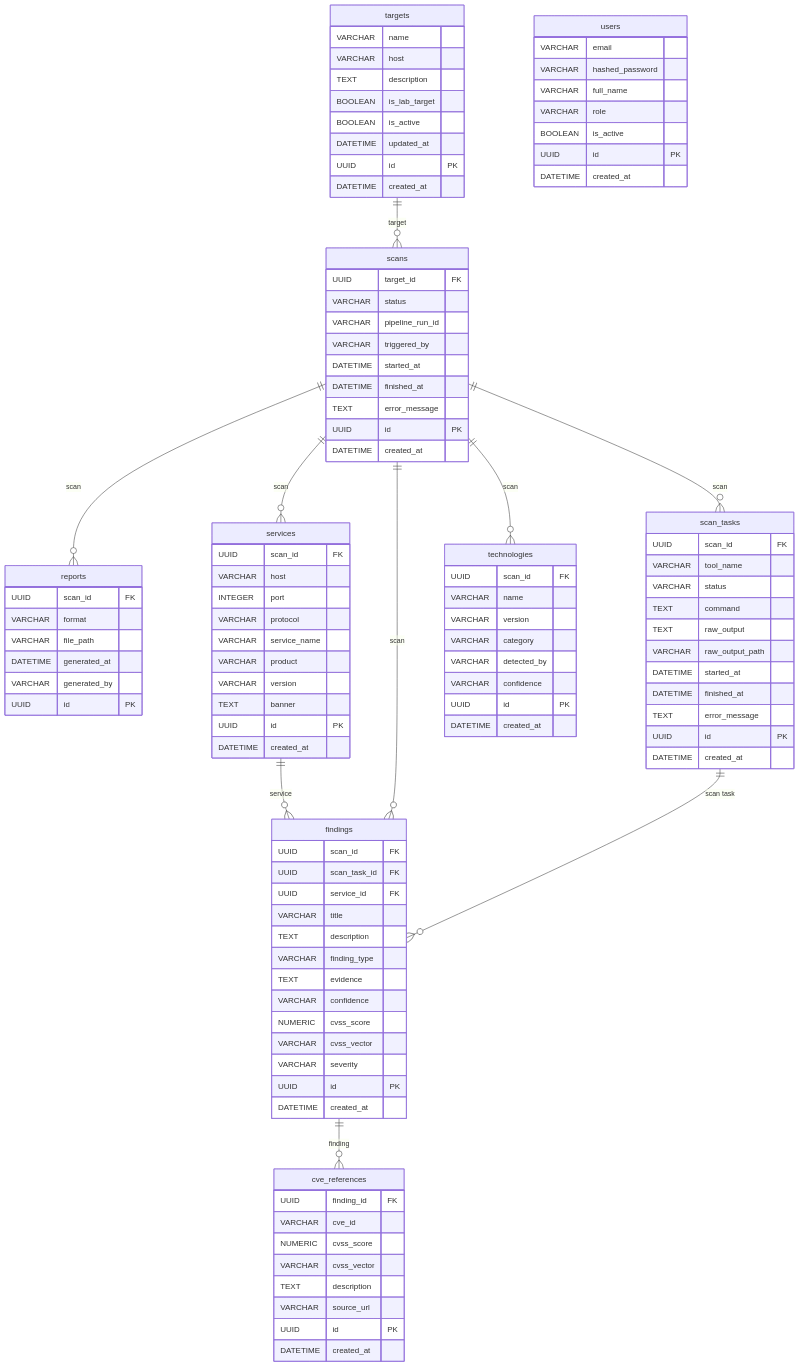
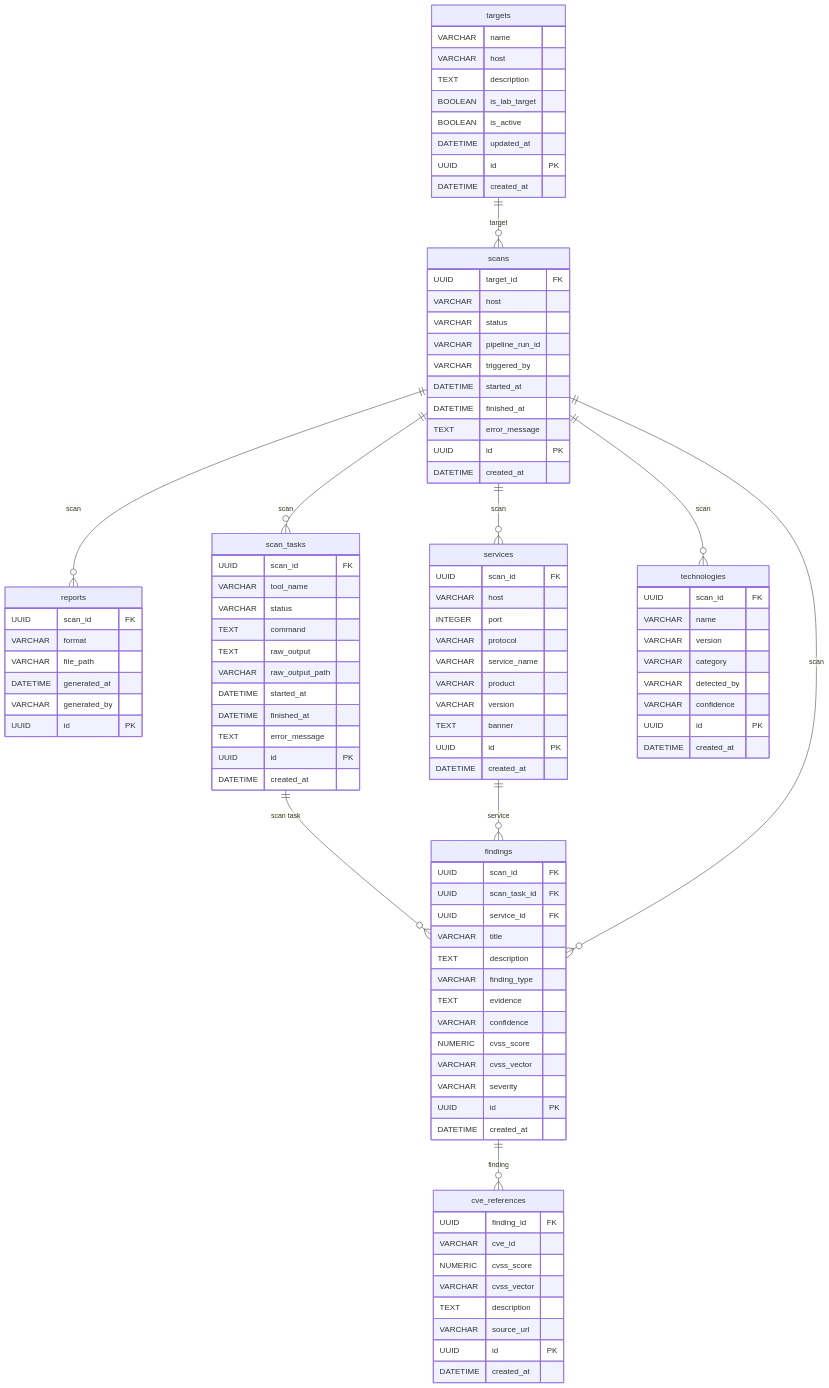
Before and after one commit to lautaroCast/Ciberseguridad_Prog2026: the diagram in docs/audit-corrections/figures/src/der.mmd, drawn with Mermaid. The commit also changed 1 other file, not shown here.

```diff
--- a/docs/audit-corrections/figures/src/der.mmd
+++ b/docs/audit-corrections/figures/src/der.mmd
@@ -1,109 +1,101 @@
 erDiagram
     targets ||--o{ scans : "target"
     scans ||--o{ reports : "scan"
     scans ||--o{ scan_tasks : "scan"
     scans ||--o{ services : "scan"
     scans ||--o{ technologies : "scan"
+    scan_tasks ||--o{ findings : "scan task"
     services ||--o{ findings : "service"
     scans ||--o{ findings : "scan"
-    scan_tasks ||--o{ findings : "scan task"
     findings ||--o{ cve_references : "finding"
 
     targets {
         VARCHAR name
         VARCHAR host
         TEXT description
         BOOLEAN is_lab_target
         BOOLEAN is_active
         DATETIME updated_at
         UUID id PK
         DATETIME created_at
     }
-    users {
-        VARCHAR email
-        VARCHAR hashed_password
-        VARCHAR full_name
-        VARCHAR role
-        BOOLEAN is_active
-        UUID id PK
-        DATETIME created_at
-    }
     scans {
         UUID target_id FK
+        VARCHAR host
         VARCHAR status
         VARCHAR pipeline_run_id
         VARCHAR triggered_by
         DATETIME started_at
         DATETIME finished_at
         TEXT error_message
         UUID id PK
         DATETIME created_at
     }
     reports {
         UUID scan_id FK
         VARCHAR format
         VARCHAR file_path
         DATETIME generated_at
         VARCHAR generated_by
         UUID id PK
     }
     scan_tasks {
         UUID scan_id FK
         VARCHAR tool_name
         VARCHAR status
         TEXT command
         TEXT raw_output
         VARCHAR raw_output_path
         DATETIME started_at
         DATETIME finished_at
         TEXT error_message
         UUID id PK
         DATETIME created_at
     }
     services {
         UUID scan_id FK
         VARCHAR host
         INTEGER port
         VARCHAR protocol
         VARCHAR service_name
         VARCHAR product
         VARCHAR version
         TEXT banner
         UUID id PK
         DATETIME created_at
     }
     technologies {
         UUID scan_id FK
         VARCHAR name
         VARCHAR version
         VARCHAR category
         VARCHAR detected_by
         VARCHAR confidence
         UUID id PK
         DATETIME created_at
     }
     findings {
         UUID scan_id FK
         UUID scan_task_id FK
         UUID service_id FK
         VARCHAR title
         TEXT description
         VARCHAR finding_type
         TEXT evidence
         VARCHAR confidence
         NUMERIC cvss_score
         VARCHAR cvss_vector
         VARCHAR severity
         UUID id PK
         DATETIME created_at
     }
     cve_references {
         UUID finding_id FK
         VARCHAR cve_id
         NUMERIC cvss_score
         VARCHAR cvss_vector
         TEXT description
         VARCHAR source_url
         UUID id PK
         DATETIME created_at
     }
```
